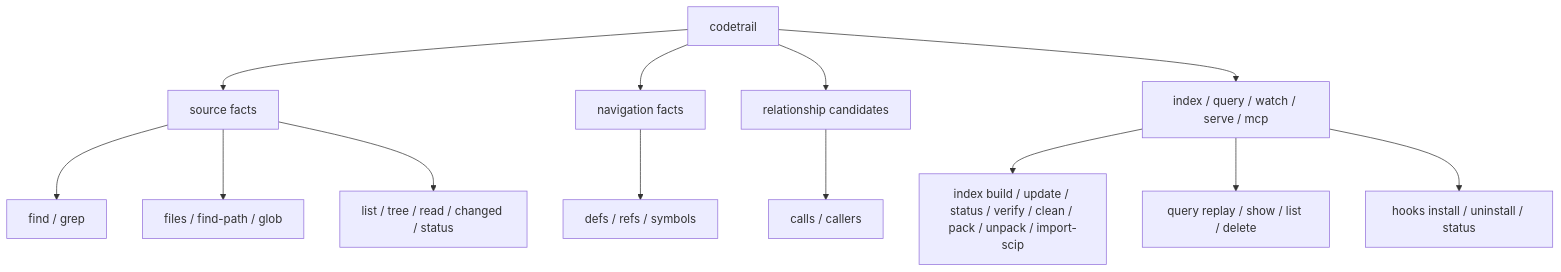
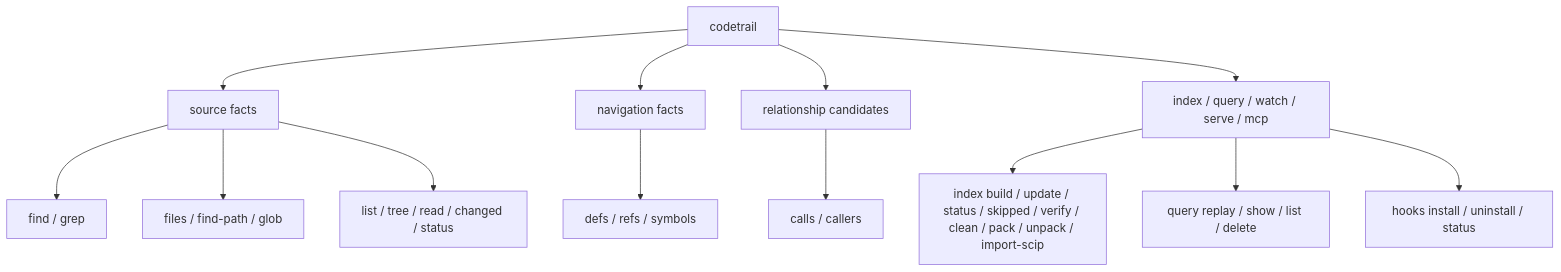
The first of 2 diagrams in docs/02-command-contract.md (mars167/CodeTrail), drawn with Mermaid before and after one commit. The commit also changed other lines of this file and 8 other files, not shown here.

Commit message:
record skipped index files

````diff
--- a/docs/02-command-contract.md
+++ b/docs/02-command-contract.md
@@ -7,16 +7,16 @@
 ```mermaid
 flowchart TB
   CS["codetrail"] --> L0["source facts"]
   CS --> L1["navigation facts"]
   CS --> L2["relationship candidates"]
   CS --> Ops["index / query / watch / serve / mcp"]
 
   L0 --> Search["find / grep"]
   L0 --> Paths["files / find-path / glob"]
   L0 --> Read["list / tree / read / changed / status"]
   L1 --> Nav["defs / refs / symbols"]
   L2 --> Calls["calls / callers"]
-  Ops --> Index["index build / update / status / verify / clean / pack / unpack / import-scip"]
+  Ops --> Index["index build / update / status / skipped / verify / clean / pack / unpack / import-scip"]
   Ops --> Query["query replay / show / list / delete"]
   Ops --> Hooks["hooks install / uninstall / status"]
 ```
````
